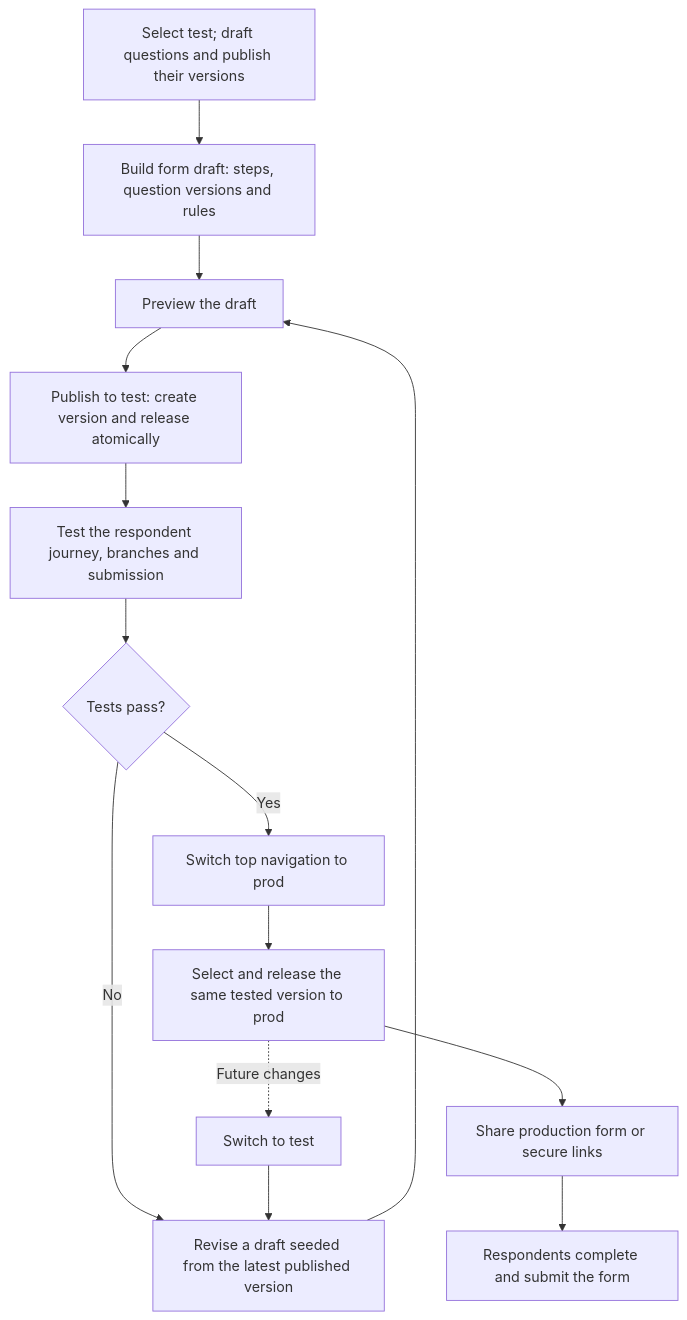
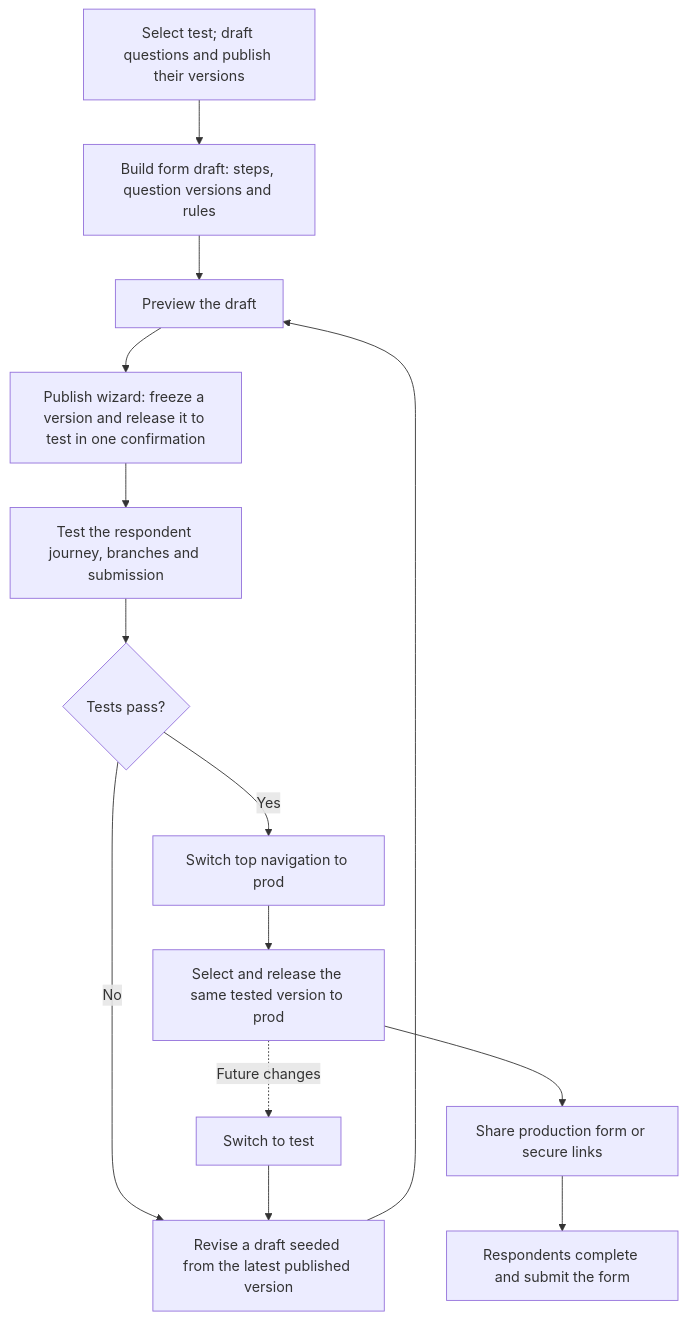
Before and after one commit to roonga/qcms: the diagram in docs/form-publishing-flow.md, drawn with Mermaid. The commit also changed other lines of this file and 108 other files, not shown here.

First line of the commit message:
feat(admin): 1197 the Versions view and one Publish wizard (#1200)

````diff
--- a/docs/form-publishing-flow.md
+++ b/docs/form-publishing-flow.md
@@ -7,16 +7,16 @@
 ```mermaid
 flowchart TD
     A[Select test; draft questions and publish their versions] --> B[Build form draft: steps, question versions and rules]
     B --> P[Preview the draft]
-    P --> C[Publish to test: create version and release atomically]
+    P --> C[Publish wizard: freeze a version and release it to test in one confirmation]
     C --> E[Test the respondent journey, branches and submission]
     E --> F{Tests pass?}
     F -->|No| G[Revise a draft seeded from the latest published version]
     G --> P
     F -->|Yes| S[Switch top navigation to prod]
     S --> H[Select and release the same tested version to prod]
     H --> I[Share production form or secure links]
     I --> J[Respondents complete and submit the form]
     H -. Future changes .-> T[Switch to test]
     T --> G
 ```
````
